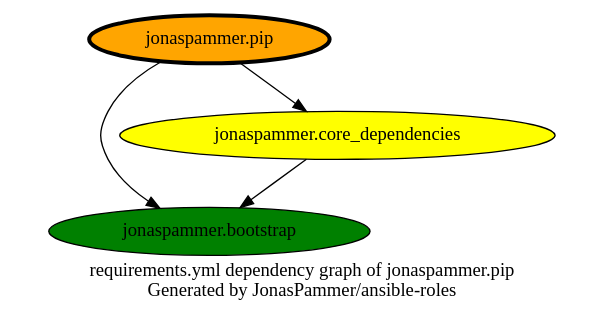
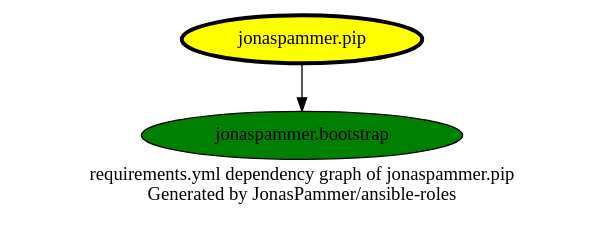
One commit to JonasPammer/ansible-roles changed the diagram in graphs/dependencies_pip.dot. Above: the diagram before and after it, drawn with Graphviz. The commit also changed 5 other files, not shown here.

```diff
--- a/graphs/dependencies_pip.dot
+++ b/graphs/dependencies_pip.dot
@@ -1,14 +1,12 @@
 digraph hierarchy {
   label = "requirements.yml dependency graph of jonaspammer.pip \n Generated by JonasPammer/ansible-roles" ;
   overlap=false
 
   {
-    "jonaspammer.pip" [fillcolor=orange style=filled penwidth=3]
+    "jonaspammer.pip" [fillcolor=yellow style=filled penwidth=3]
     "jonaspammer.bootstrap" [fillcolor=green style=filled ]
-    "jonaspammer.core_dependencies" [fillcolor=yellow style=filled ]
   }
 
 
-  "jonaspammer.pip" -> {"jonaspammer.bootstrap" "jonaspammer.core_dependencies"}
-  "jonaspammer.core_dependencies" -> {"jonaspammer.bootstrap"}
+  "jonaspammer.pip" -> {"jonaspammer.bootstrap"}
 }
```
